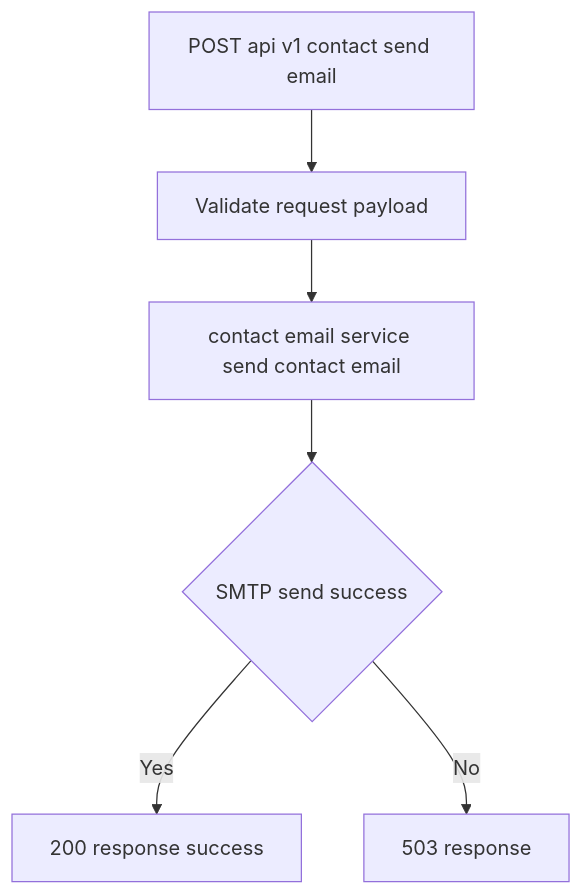
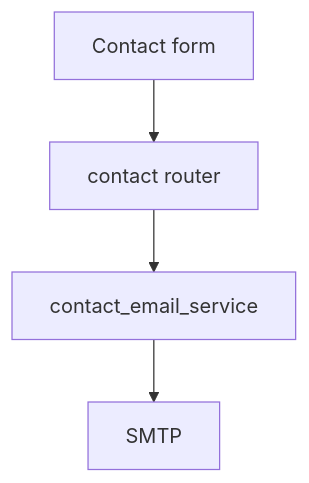
The seventh of 9 diagrams in docs/flow.md (Youssefx64/CadArena), drawn with Mermaid before and after one commit. The commit also changed other lines of this file and 7 other files, not shown here.

````diff
--- a/docs/flow.md
+++ b/docs/flow.md
@@ -264,8 +82,6 @@
 ```mermaid
 flowchart TD
-    A7[POST api v1 contact send email] --> B7[Validate request payload]
-    B7 --> C7[contact email service send contact email]
-    C7 --> D7{SMTP send success}
-    D7 -->|Yes| E7[200 response success]
-    D7 -->|No| F7[503 response]
+    A[Contact form] --> B[contact router]
+    B --> C[contact_email_service]
+    C --> D[SMTP]
 ```
````
